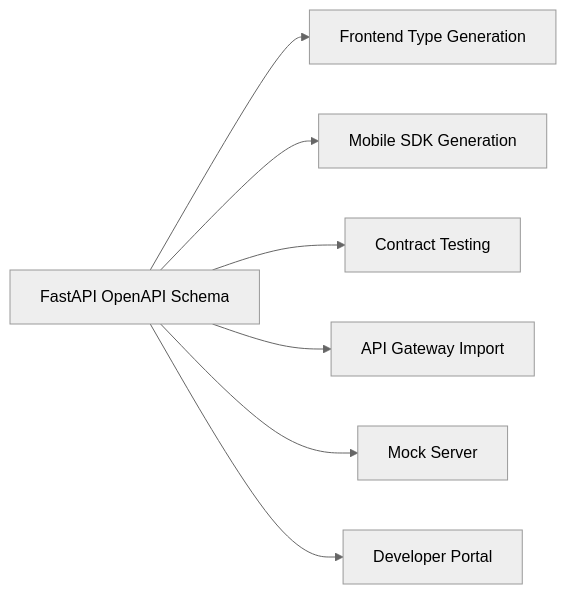
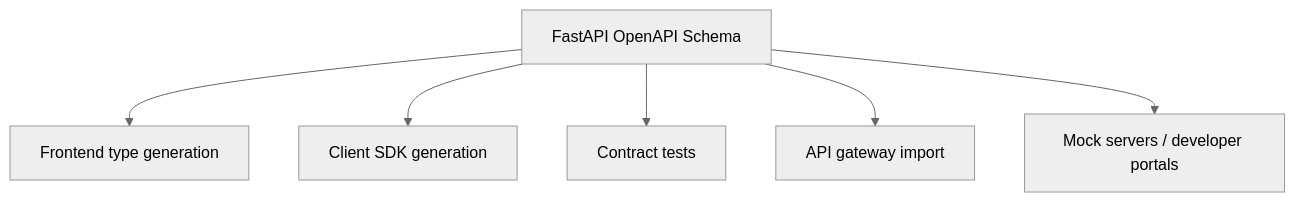
One commit to AvadhBhalodiya/Interview-Preparation changed the sixth of 7 diagrams in src/content/fastapi/openapi-swagger-docs.md. Above: the diagram before and after it, drawn with Mermaid (neutral theme). The commit also changed other lines of this file and 80 other files, not shown here.

````diff
--- a/src/content/fastapi/openapi-swagger-docs.md
+++ b/src/content/fastapi/openapi-swagger-docs.md
@@ -1032,9 +601,8 @@
 ```mermaid
-flowchart LR
-    A[FastAPI OpenAPI Schema] --> B[Frontend Type Generation]
-    A --> C[Mobile SDK Generation]
-    A --> D[Contract Testing]
-    A --> E[API Gateway Import]
-    A --> F[Mock Server]
-    A --> G[Developer Portal]
+flowchart TD
+    A[FastAPI OpenAPI Schema] --> B[Frontend type generation]
+    A --> C[Client SDK generation]
+    A --> D[Contract tests]
+    A --> E[API gateway import]
+    A --> F[Mock servers / developer portals]
 ```
````
